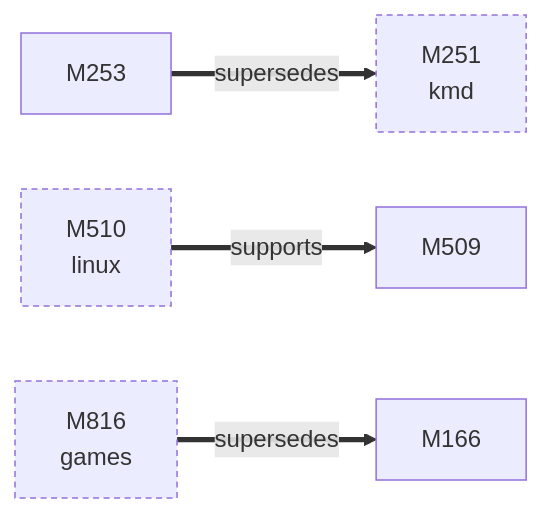
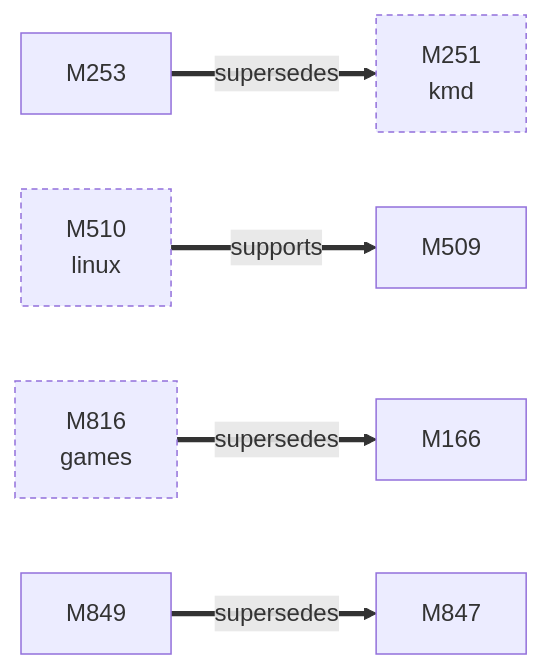
The first of 2 diagrams in docs/facts/graphs/icd.md (D-Ogi/amdgpu-wddm), drawn with Mermaid before and after one commit. The commit also changed other lines of this file and 14 other files, not shown here.

````diff
--- a/docs/facts/graphs/icd.md
+++ b/docs/facts/graphs/icd.md
@@ -9,14 +9,17 @@
 ```mermaid
 flowchart LR
   M166["M166"]
   M251["M251<br/>kmd"]
   M253["M253"]
   M509["M509"]
   M510["M510<br/>linux"]
   M816["M816<br/>games"]
+  M847["M847"]
+  M849["M849"]
   M253 ==>|supersedes| M251
+  M849 ==>|supersedes| M847
   M816 ==>|supersedes| M166
   M510 ==>|supports| M509
   classDef other stroke-dasharray:4 3
   class M251,M510,M816 other
 ```
````
